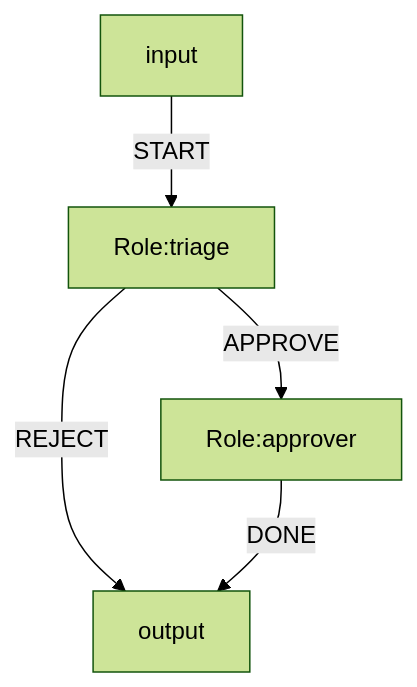
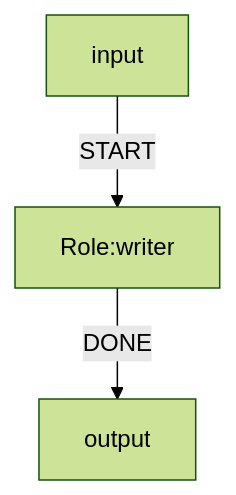
One commit to Fredericzhou/ogsystem changed the seventh of 8 diagrams in docs/nl2mmd-structure-templates.md. Above: the diagram before and after it, drawn with Mermaid (forest theme). The commit also changed other lines of this file and 69 other files, not shown here.

````diff
--- a/docs/nl2mmd-structure-templates.md
+++ b/docs/nl2mmd-structure-templates.md
@@ -224,13 +225,13 @@
 ```mermaid
 flowchart TD
 %% system.id=demo.human.gate
 %% system.version=1.0.0
 %% law.global=law.console.base
-%% entry.role=triage
-%% exec.bind.approver=ops-human
+%% entry.role=writer
+%% model.bind.writer=opencode/gpt-5-nano
+%% review.mode.writer=required
+%% review.timeout.action.writer=pause
 
-input -->|START| triage[Role:triage]
-triage[Role:triage] -->|APPROVE| approver[Role:approver]
-triage[Role:triage] -->|REJECT| output
-approver[Role:approver] -->|DONE| output
+input -->|START| writer[Role:writer]
+writer[Role:writer] -->|DONE| output
 ```
````
